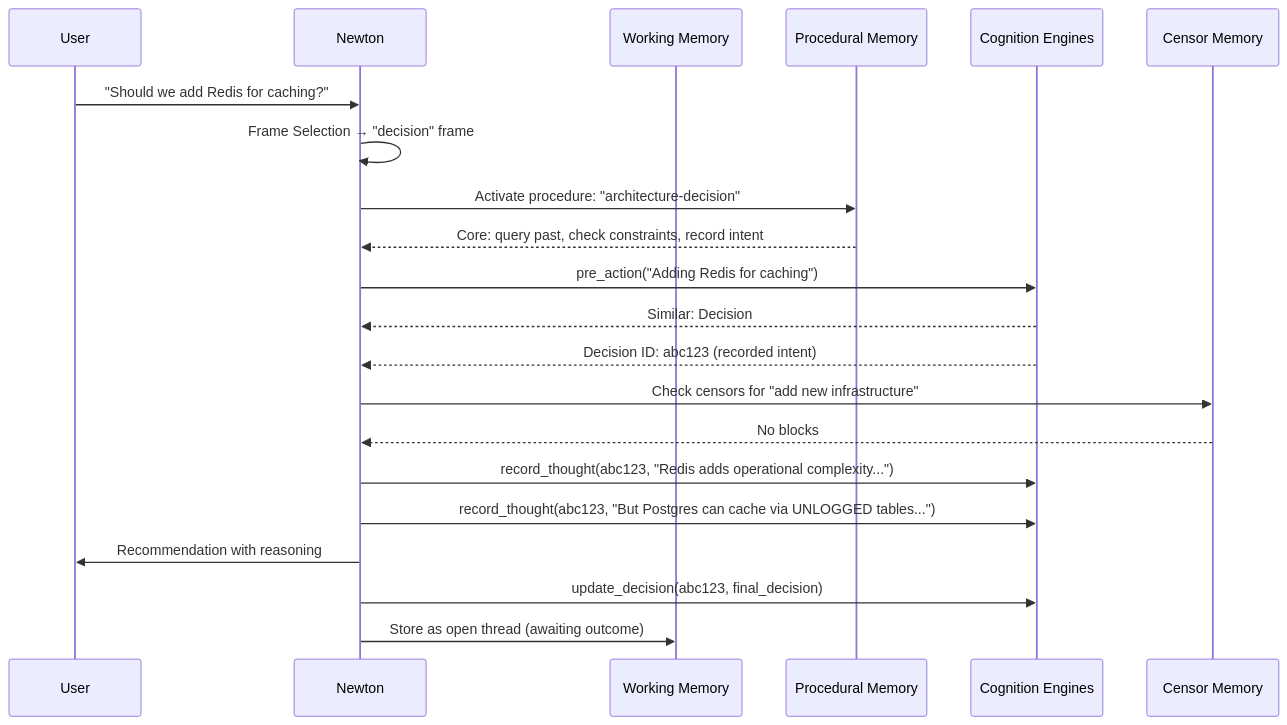
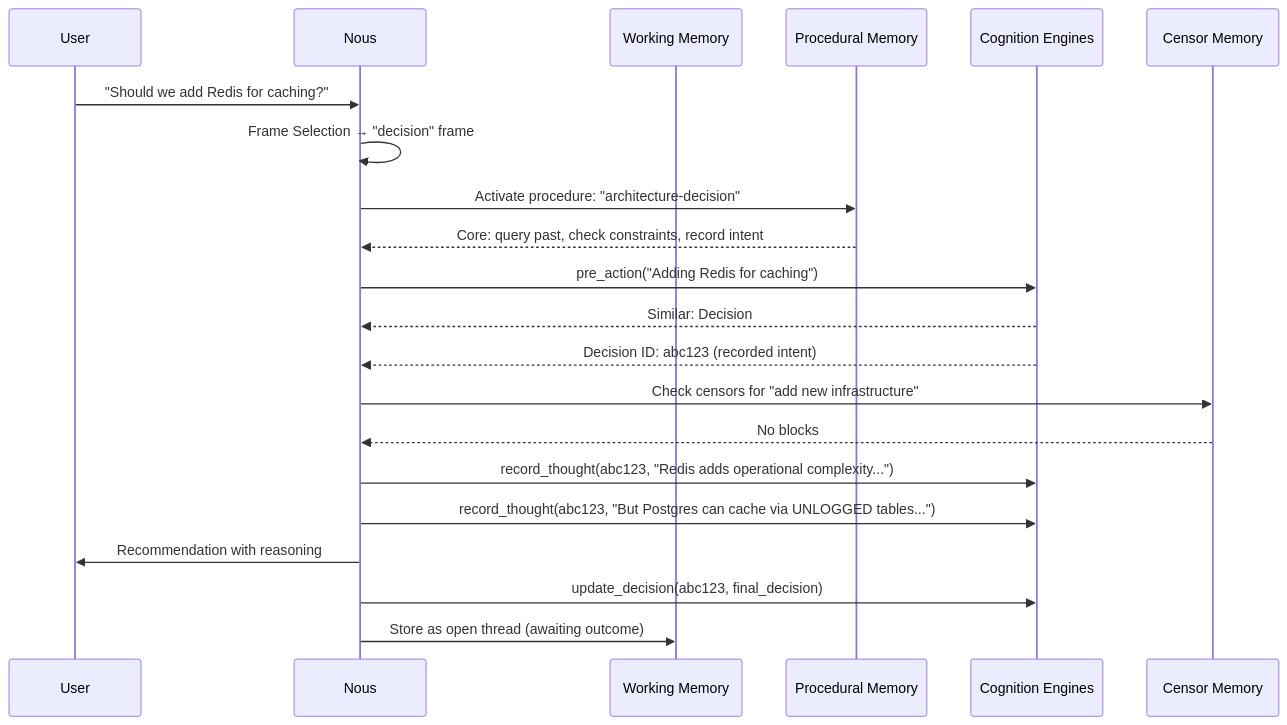
The third of 4 diagrams in docs/research/007-memory-integration.md (tfatykhov/newton), drawn with Mermaid before and after one commit. The commit also changed other lines of this file and 19 other files, not shown here.

First line of the commit message:
rename: Newton → Nous

````diff
--- a/docs/research/007-memory-integration.md
+++ b/docs/research/007-memory-integration.md
@@ -323,31 +323,31 @@
 ```mermaid
 sequenceDiagram
     participant User
-    participant Newton
+    participant Nous
     participant WM as Working Memory
     participant PM as Procedural Memory
     participant CE as Cognition Engines
     participant CM as Censor Memory
 
-    User->>Newton: "Should we add Redis for caching?"
+    User->>Nous: "Should we add Redis for caching?"
     
-    Newton->>Newton: Frame Selection → "decision" frame
+    Nous->>Nous: Frame Selection → "decision" frame
     
-    Newton->>PM: Activate procedure: "architecture-decision"
-    PM-->>Newton: Core: query past, check constraints, record intent
+    Nous->>PM: Activate procedure: "architecture-decision"
+    PM-->>Nous: Core: query past, check constraints, record intent
     
-    Newton->>CE: pre_action("Adding Redis for caching")
-    CE-->>Newton: Similar: Decision #147 (Postgres for storage, success)
-    CE-->>Newton: Decision ID: abc123 (recorded intent)
+    Nous->>CE: pre_action("Adding Redis for caching")
+    CE-->>Nous: Similar: Decision #147 (Postgres for storage, success)
+    CE-->>Nous: Decision ID: abc123 (recorded intent)
     
-    Newton->>CM: Check censors for "add new infrastructure"
-    CM-->>Newton: No blocks
+    Nous->>CM: Check censors for "add new infrastructure"
+    CM-->>Nous: No blocks
     
-    Newton->>CE: record_thought(abc123, "Redis adds operational complexity...")
-    Newton->>CE: record_thought(abc123, "But Postgres can cache via UNLOGGED tables...")
+    Nous->>CE: record_thought(abc123, "Redis adds operational complexity...")
+    Nous->>CE: record_thought(abc123, "But Postgres can cache via UNLOGGED tables...")
     
-    Newton->>User: Recommendation with reasoning
+    Nous->>User: Recommendation with reasoning
     
-    Newton->>CE: update_decision(abc123, final_decision)
-    Newton->>WM: Store as open thread (awaiting outcome)
+    Nous->>CE: update_decision(abc123, final_decision)
+    Nous->>WM: Store as open thread (awaiting outcome)
 ```
````
